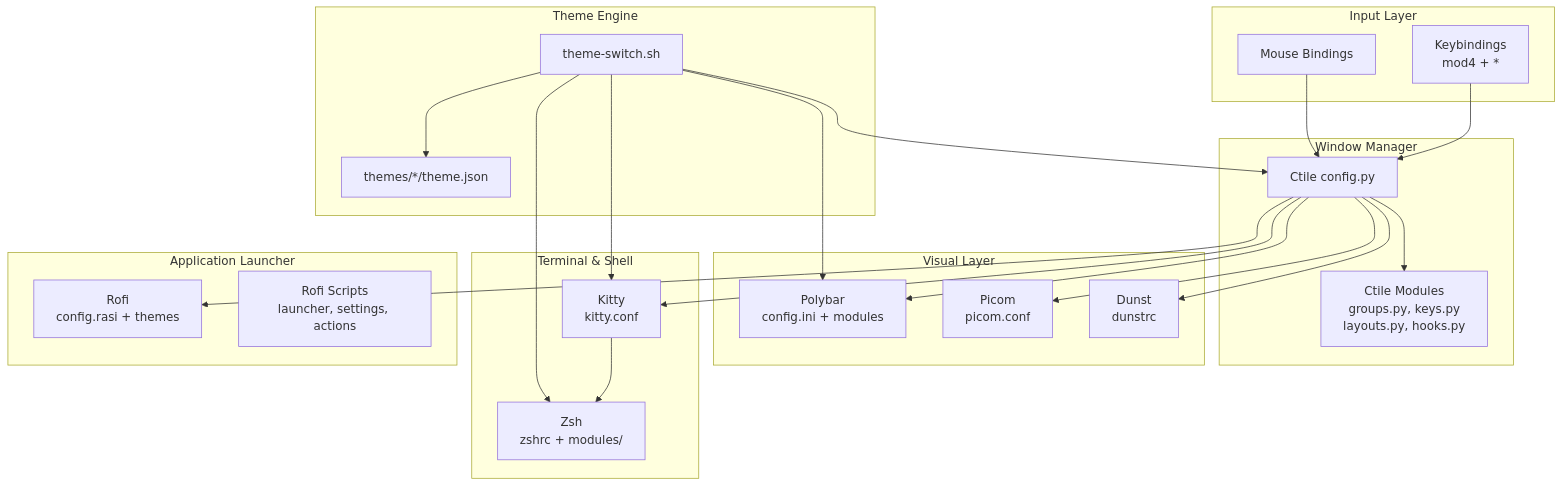
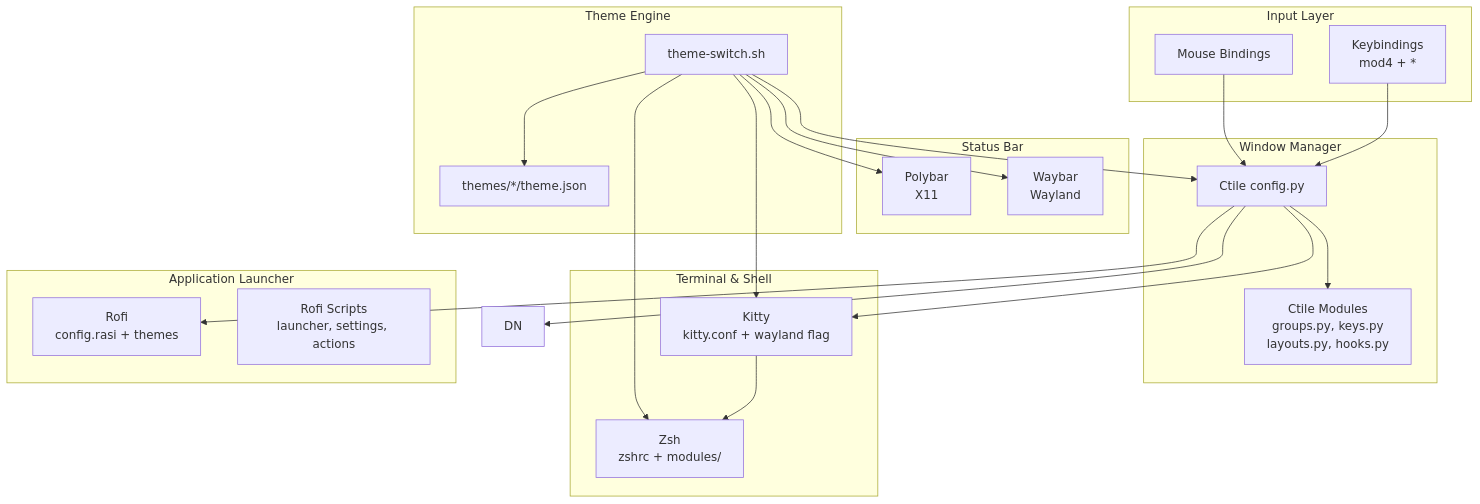
One commit to D4rkDr4gon/dotfiles changed the first of 2 diagrams in docs/overview.md. Above: the diagram before and after it, drawn with Mermaid. The commit also changed other lines of this file and 41 other files, not shown here.

````diff
--- a/docs/overview.md
+++ b/docs/overview.md
@@ -15,49 +28,47 @@
 ```mermaid
 graph TB
     subgraph Input["Input Layer"]
         KB[Keybindings<br/>mod4 + *]
         M[Mouse Bindings]
     end
 
     subgraph WM["Window Manager"]
         Q[Ctile config.py]
         QM[Ctile Modules<br/>groups.py, keys.py<br/>layouts.py, hooks.py]
     end
 
-    subgraph Visual["Visual Layer"]
-        PB[Polybar<br/>config.ini + modules]
-        PC[Picom<br/>picom.conf]
-        DN[Dunst<br/>dunstrc]
+    subgraph Bar["Status Bar"]
+        PB[Polybar<br/>X11]
+        WB[Waybar<br/>Wayland]
     end
 
     subgraph Shell["Terminal & Shell"]
-        KT[Kitty<br/>kitty.conf]
+        KT[Kitty<br/>kitty.conf + wayland flag]
         ZH[Zsh<br/>zshrc + modules/]
     end
 
     subgraph Launcher["Application Launcher"]
         RF[Rofi<br/>config.rasi + themes]
         RF_S[Rofi Scripts<br/>launcher, settings, actions]
     end
 
     subgraph Theme["Theme Engine"]
         TS[theme-switch.sh]
         TJ[themes/*/theme.json]
     end
 
     KB --> Q
     M --> Q
     Q --> QM
-    Q --> PB
-    Q --> PC
     Q --> DN
     Q --> KT
     KT --> ZH
     Q --> RF
 
     TS --> TJ
     TS --> PB
+    TS --> WB
     TS --> KT
     TS --> ZH
     TS --> Q
 ```
````
